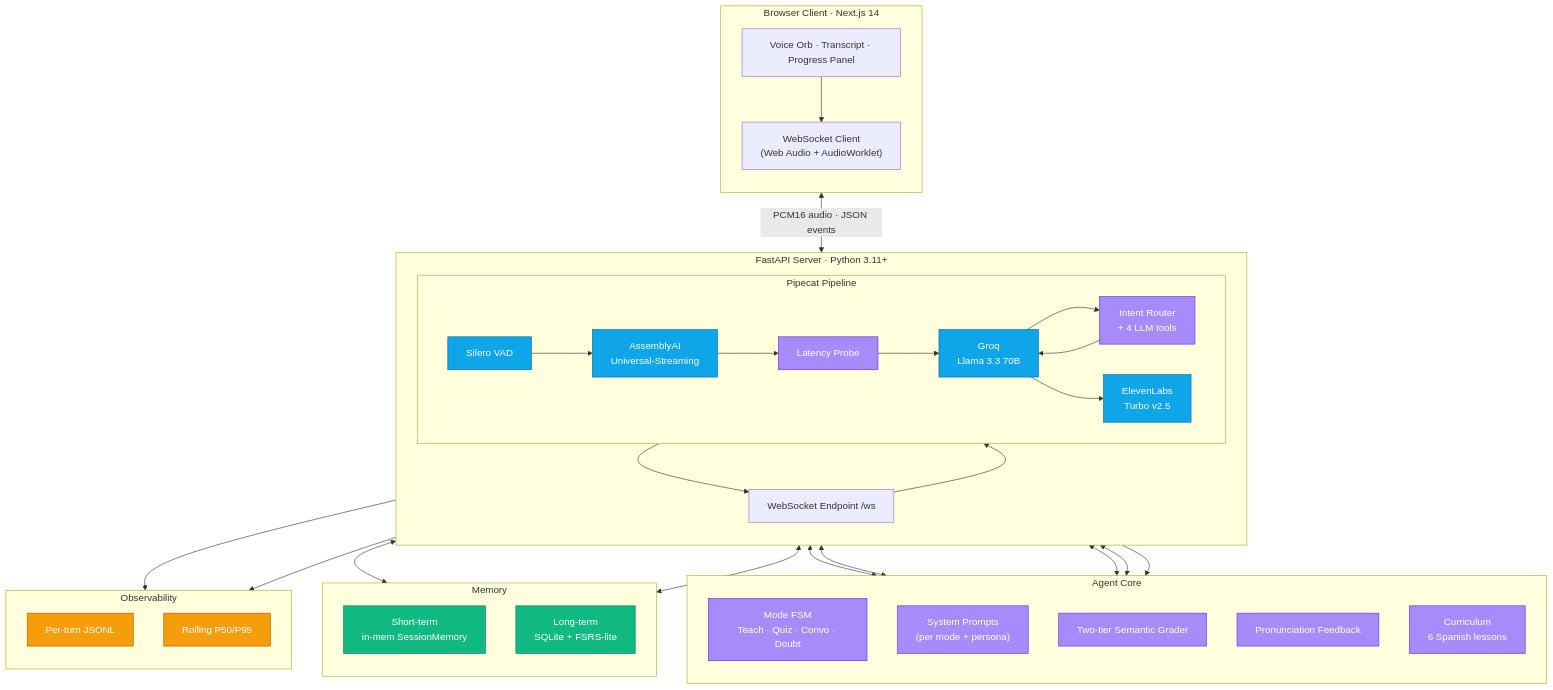
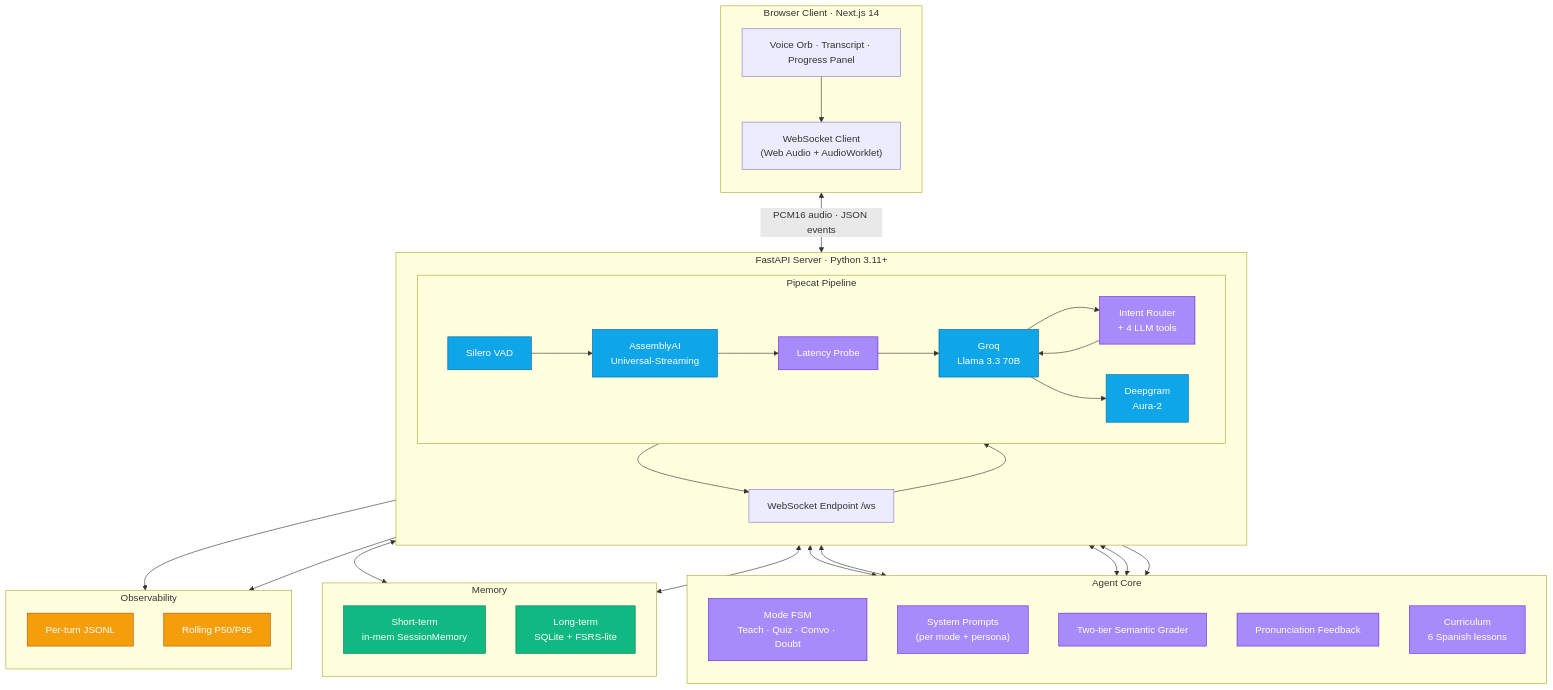
Before and after one commit to AyushCoder9/VoiceTutor: the diagram in README.md, drawn with Mermaid. The commit also changed other lines of this file and 2 other files, not shown here.

````diff
--- a/README.md
+++ b/README.md
@@ -195,74 +195,74 @@
 ```mermaid
 flowchart TB
   subgraph CLIENT["Browser Client · Next.js 14"]
     direction TB
     UI["Voice Orb · Transcript · Progress Panel"]
     WSClient["WebSocket Client<br/>(Web Audio + AudioWorklet)"]
     UI --> WSClient
   end
 
   subgraph SERVER["FastAPI Server · Python 3.11+"]
     direction TB
     WSServer["WebSocket Endpoint /ws"]
 
     subgraph PIPE["Pipecat Pipeline"]
       direction LR
       VAD["Silero VAD"]
       STT["AssemblyAI<br/>Universal-Streaming"]
       Probe["Latency Probe"]
       LLM["Groq<br/>Llama 3.3 70B"]
       Tools["Intent Router<br/>+ 4 LLM tools"]
-      TTS["ElevenLabs<br/>Turbo v2.5"]
+      TTS["Deepgram<br/>Aura-2"]
 
       VAD --> STT --> Probe --> LLM
       LLM --> Tools
       Tools --> LLM
       LLM --> TTS
     end
 
     WSServer --> VAD
     TTS --> WSServer
   end
 
   subgraph AGENT["Agent Core"]
     direction TB
     FSM["Mode FSM<br/>Teach · Quiz · Convo · Doubt"]
     Prompts["System Prompts<br/>(per mode + persona)"]
     Grader["Two-tier Semantic Grader"]
     Pron["Pronunciation Feedback"]
     Curriculum["Curriculum<br/>6 Spanish lessons"]
   end
 
   subgraph MEM["Memory"]
     direction TB
     Short["Short-term<br/>in-mem SessionMemory"]
     Long["Long-term<br/>SQLite + FSRS-lite"]
   end
 
   subgraph OBS["Observability"]
     direction TB
     Logger["Per-turn JSONL"]
     Metrics["Rolling P50/P95"]
   end
 
   WSClient <-->|"PCM16 audio · JSON events"| WSServer
   Tools <--> FSM
   Tools <--> Grader
   Tools <--> Pron
   Tools <--> Curriculum
   Tools <--> Short
   Tools <--> Long
   LLM --> Prompts
   Probe --> Logger
   Probe --> Metrics
 
   classDef ext   fill:#0ea5e9,stroke:#0369a1,color:#fff;
   classDef ours  fill:#a78bfa,stroke:#6d28d9,color:#fff;
   classDef store fill:#10b981,stroke:#047857,color:#fff;
   classDef obs   fill:#f59e0b,stroke:#b45309,color:#fff;
 
   class VAD,STT,LLM,TTS ext;
   class FSM,Prompts,Grader,Pron,Curriculum,Tools,Probe ours;
   class Short,Long store;
   class Logger,Metrics obs;
 ```
````
